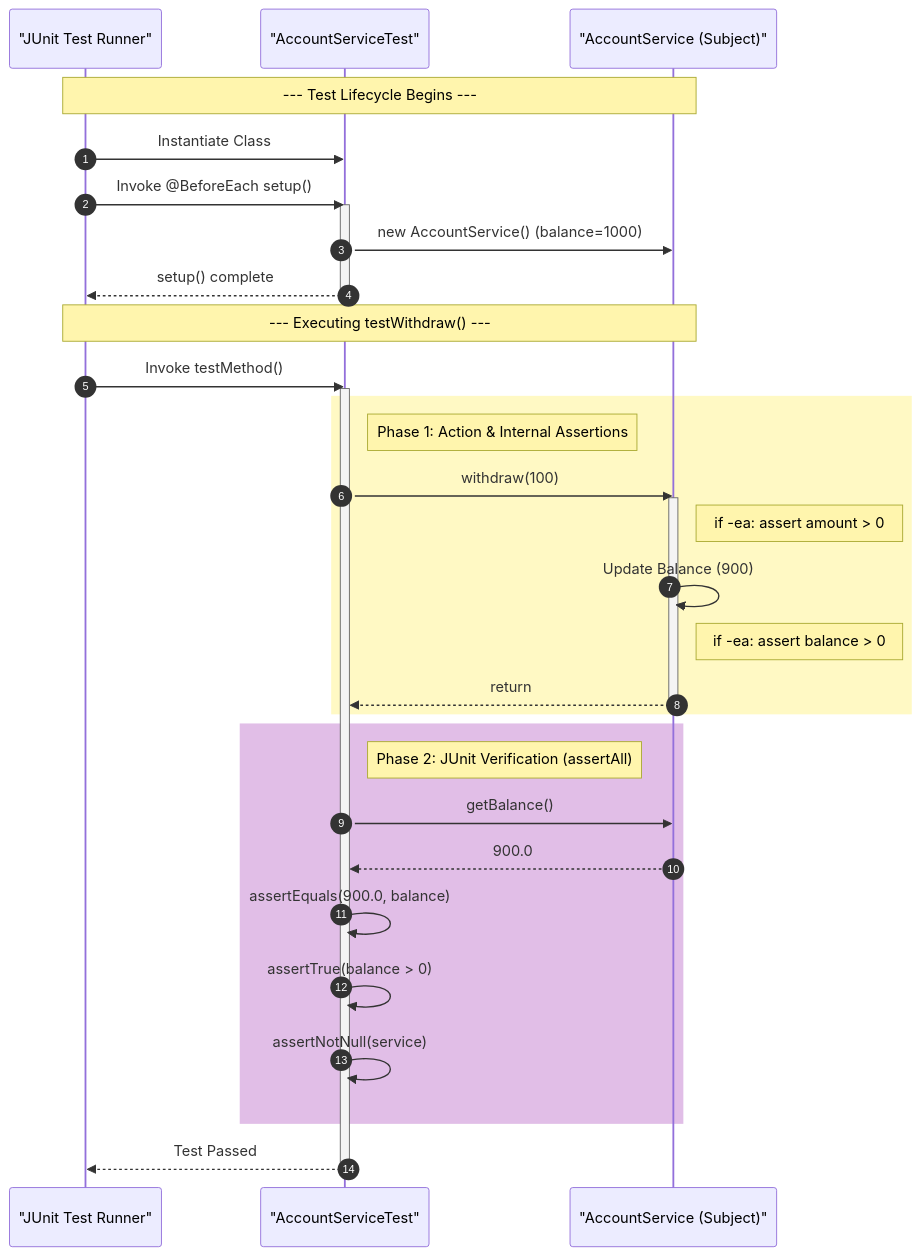
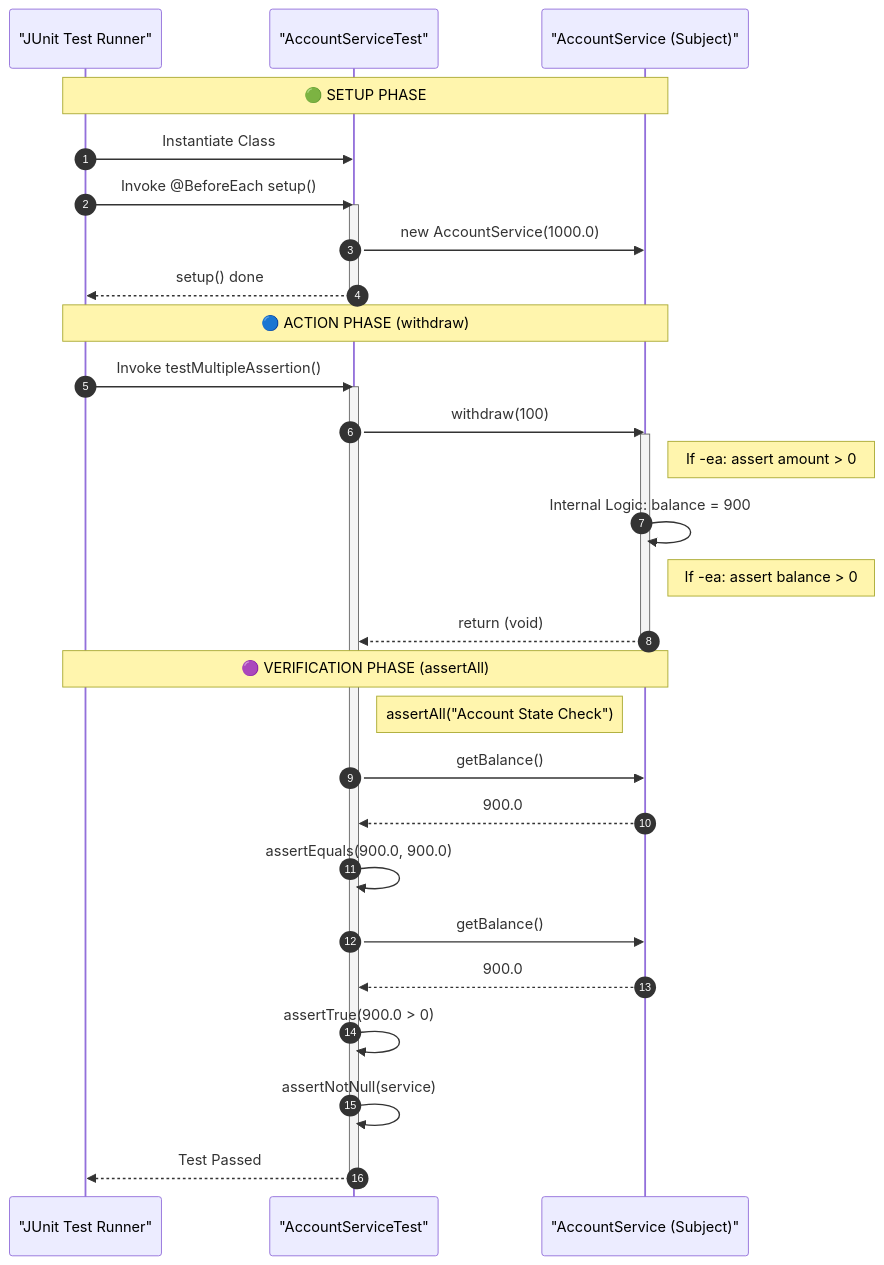
The second of 2 diagrams in README.md (harman-04/java-testing-assert-assertions-junit5), drawn with Mermaid before and after one commit.

Commit message:
Update the readme file . fix the colour and test clearity show in the sequence diagram

````diff
--- a/README.md
+++ b/README.md
@@ -102,44 +102,45 @@
 ```mermaid
 sequenceDiagram
     autonumber
     participant Runner as "JUnit Test Runner"
     participant TestClass as "AccountServiceTest"
     participant Svc as "AccountService (Subject)"
 
-    Note over Runner, Svc: --- Test Lifecycle Begins ---
+    Note over Runner, Svc: 🟢 SETUP PHASE
     Runner->>TestClass: Instantiate Class
     Runner->>TestClass: Invoke @BeforeEach setup()
     activate TestClass
-    TestClass->>Svc: new AccountService() (balance=1000)
-    TestClass-->>Runner: setup() complete
+    TestClass->>Svc: new AccountService(1000.0)
+    TestClass-->>Runner: setup() done
     deactivate TestClass
 
-    Note over Runner, Svc: --- Executing testWithdraw() ---
-    Runner->>TestClass: Invoke testMethod()
+    Note over Runner, Svc: 🔵 ACTION PHASE (withdraw)
+    Runner->>TestClass: Invoke testMultipleAssertion()
     activate TestClass
 
-    rect rgb(255, 249, 196)
-        Note right of TestClass: Phase 1: Action & Internal Assertions
-        TestClass->>Svc: withdraw(100)
-        activate Svc
-        Note right of Svc: if -ea: assert amount > 0
-        Svc->>Svc: Update Balance (900)
-        Note right of Svc: if -ea: assert balance > 0
-        Svc-->>TestClass: return
-        deactivate Svc
-    end
+    TestClass->>Svc: withdraw(100)
+    activate Svc
 
-    rect rgb(225, 190, 231)
-        Note right of TestClass: Phase 2: JUnit Verification (assertAll)
-        TestClass->>Svc: getBalance()
-        Svc-->>TestClass: 900.0
-        TestClass->>TestClass: assertEquals(900.0, balance)
+    Note right of Svc: If -ea: assert amount > 0
+    Svc->>Svc: Internal Logic: balance = 900
+    Note right of Svc: If -ea: assert balance > 0
 
-        TestClass->>TestClass: assertTrue(balance > 0)
+    Svc-->>TestClass: return (void)
+    deactivate Svc
 
-        TestClass->>TestClass: assertNotNull(service)
-    end
+    Note over Runner, Svc: 🟣 VERIFICATION PHASE (assertAll)
+    Note right of TestClass: assertAll("Account State Check")
+
+    TestClass->>Svc: getBalance()
+    Svc-->>TestClass: 900.0
+    TestClass->>TestClass: assertEquals(900.0, 900.0)
+
+    TestClass->>Svc: getBalance()
+    Svc-->>TestClass: 900.0
+    TestClass->>TestClass: assertTrue(900.0 > 0)
+
+    TestClass->>TestClass: assertNotNull(service)
 
     TestClass-->>Runner: Test Passed
     deactivate TestClass
 ```
````
